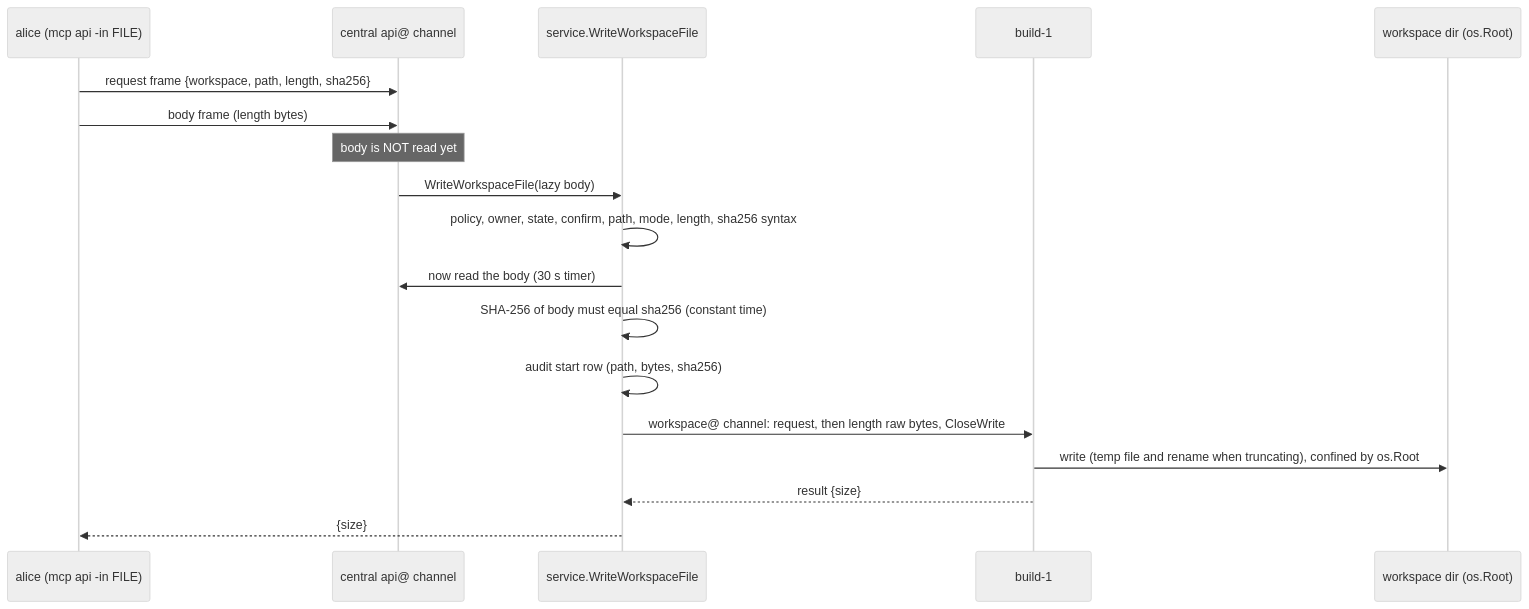
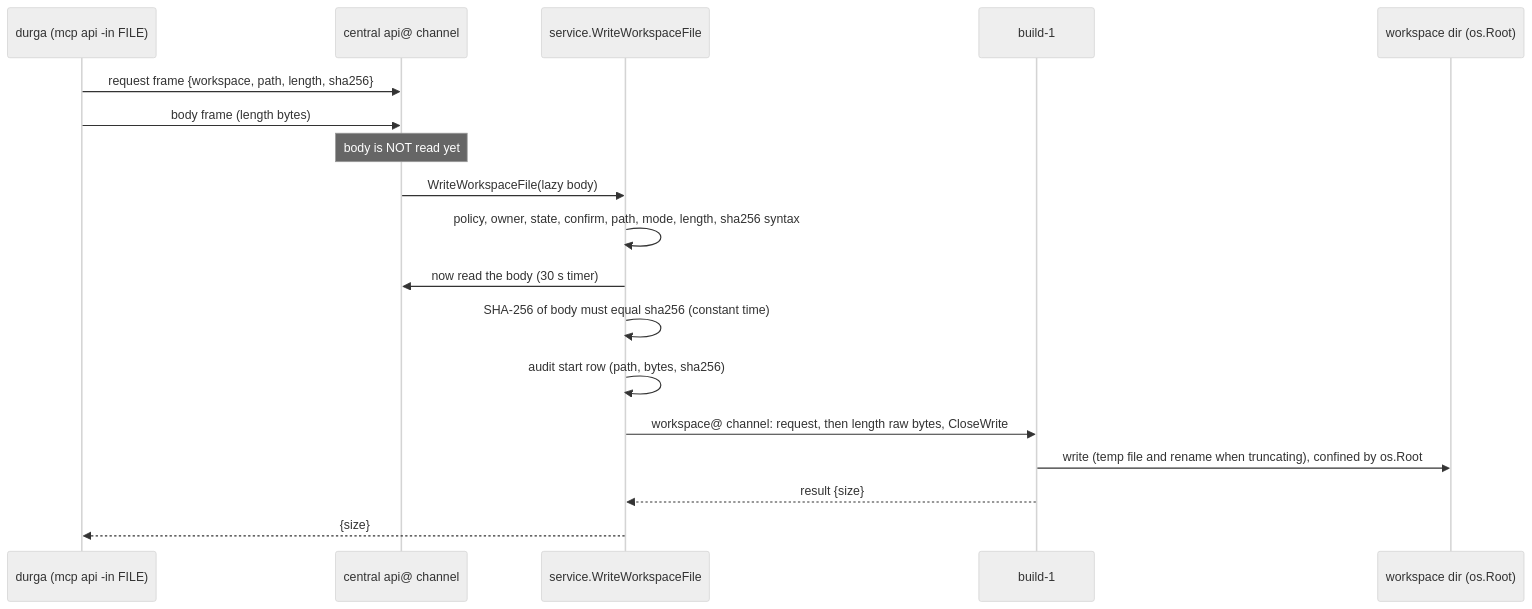
Before and after one commit to mirastacklabs-ai/mirafleet: diagram 23 of 29 in docs/guide/04-flows.md, drawn with Mermaid (neutral theme). The commit also changed other lines of this file and 7 other files, not shown here.

````diff
--- a/docs/guide/04-flows.md
+++ b/docs/guide/04-flows.md
@@ -1416,21 +1416,21 @@
 ```mermaid
 sequenceDiagram
-  participant Op as alice (mcp api -in FILE)
+  participant Op as durga (mcp api -in FILE)
   participant Srv as central api@ channel
   participant Svc as service.WriteWorkspaceFile
   participant Run as build-1
   participant FS as workspace dir (os.Root)
 
   Op->>Srv: request frame {workspace, path, length, sha256}
   Op->>Srv: body frame (length bytes)
   Note over Srv: body is NOT read yet
   Srv->>Svc: WriteWorkspaceFile(lazy body)
   Svc->>Svc: policy, owner, state, confirm, path, mode, length, sha256 syntax
   Svc->>Srv: now read the body (30 s timer)
   Svc->>Svc: SHA-256 of body must equal sha256 (constant time)
   Svc->>Svc: audit start row (path, bytes, sha256)
   Svc->>Run: workspace@ channel: request, then length raw bytes, CloseWrite
   Run->>FS: write (temp file and rename when truncating), confined by os.Root
   Run-->>Svc: result {size}
   Svc-->>Op: {size}
 ```
````
